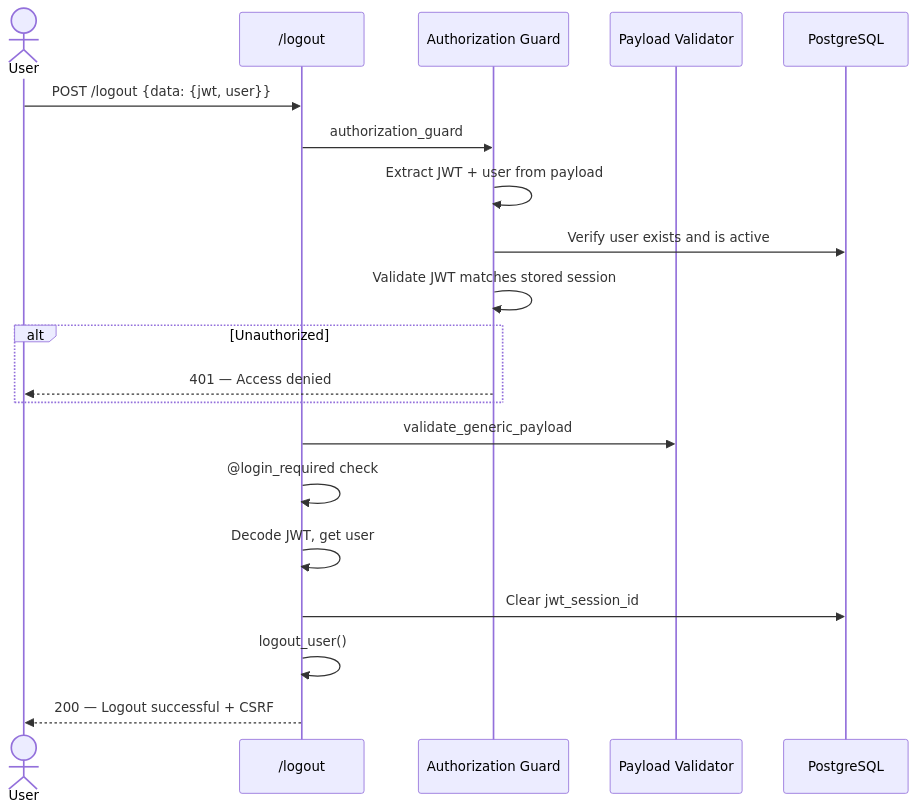
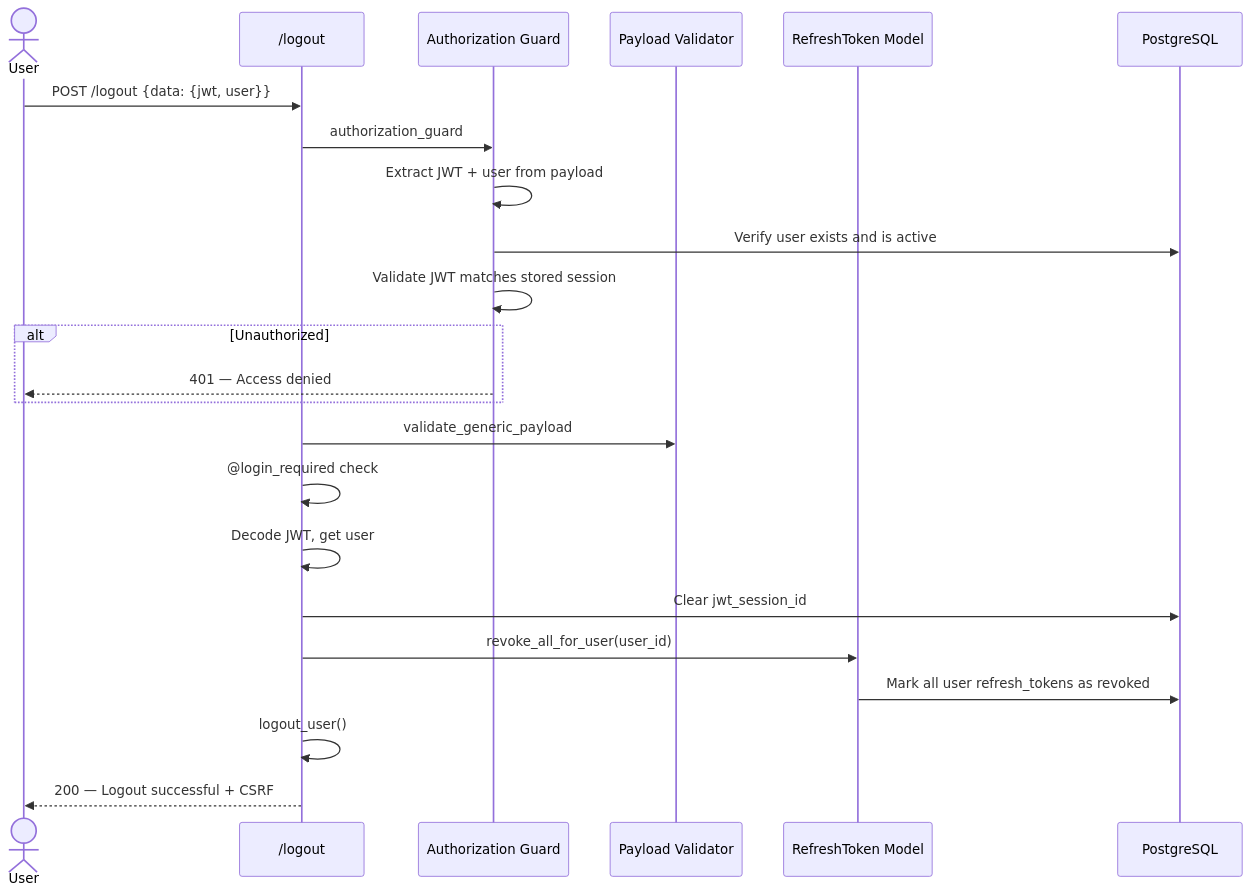
The seventh of 17 diagrams in DOCUMENTATION/PROJECT.md (mentally-gamez-soft/IAM-gateway), drawn with Mermaid before and after one commit. The commit also changed other lines of this file and 1 other file, not shown here.

First line of the commit message:
docs: Update PROJECT.md and README.md for US-003 JWT refresh token

````diff
--- a/DOCUMENTATION/PROJECT.md
+++ b/DOCUMENTATION/PROJECT.md
@@ -317,25 +321,28 @@
 ```mermaid
 sequenceDiagram
     actor User
     participant API as /logout
     participant Guard as Authorization Guard
     participant Validator as Payload Validator
+    participant RefreshToken as RefreshToken Model
     participant DB as PostgreSQL
 
     User->>API: POST /logout {data: {jwt, user}}
     API->>Guard: authorization_guard
     Guard->>Guard: Extract JWT + user from payload
     Guard->>DB: Verify user exists and is active
     Guard->>Guard: Validate JWT matches stored session
 
     alt Unauthorized
         Guard-->>User: 401 — Access denied
     end
 
     API->>Validator: validate_generic_payload
     API->>API: @login_required check
     API->>API: Decode JWT, get user
     API->>DB: Clear jwt_session_id
+    API->>RefreshToken: revoke_all_for_user(user_id)
+    RefreshToken->>DB: Mark all user refresh_tokens as revoked
     API->>API: logout_user()
     API-->>User: 200 — Logout successful + CSRF
 ```
````
